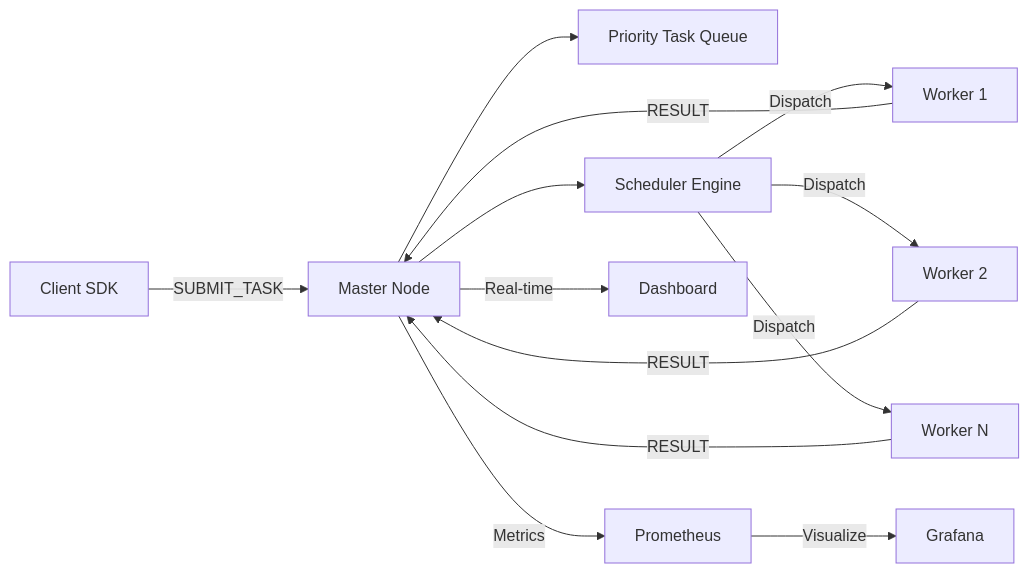
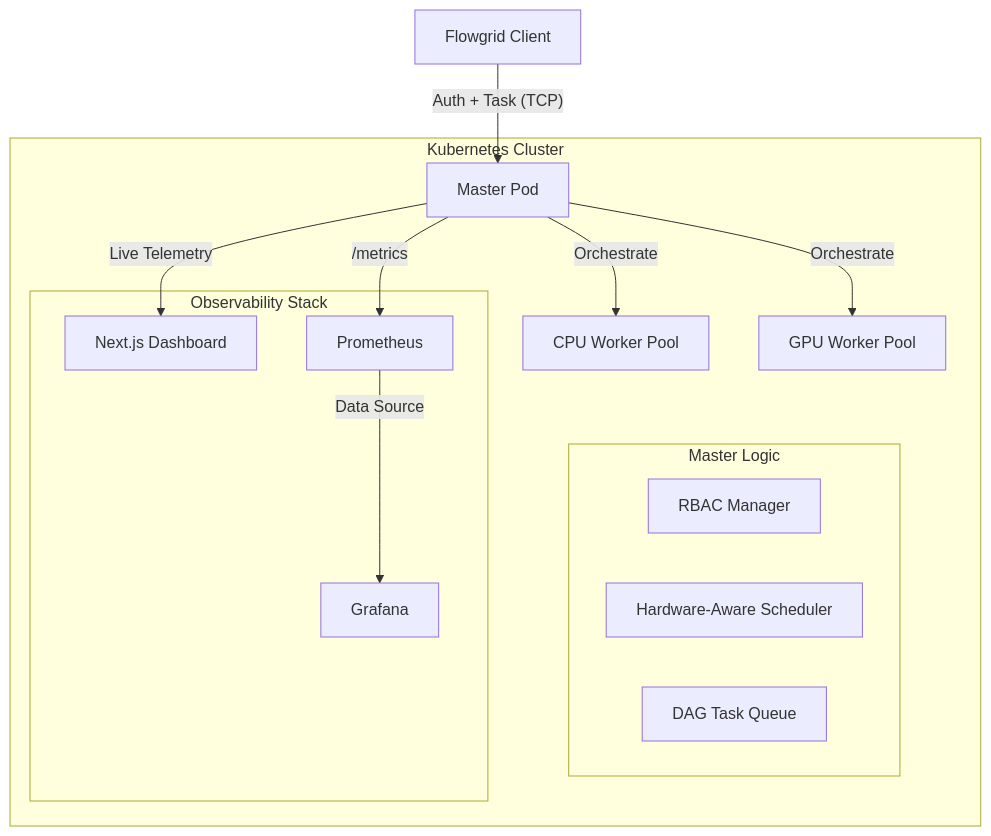
Before and after one commit to shivang398/Flowgrid: the diagram in README.md, drawn with Mermaid. The commit also changed other lines of this file, not shown here.

````diff
--- a/README.md
+++ b/README.md
@@ -59,15 +32,25 @@
 ```mermaid
-graph LR
-    Client[Client SDK] -->|SUBMIT_TASK| Master[Master Node]
-    Master --> TQ[Priority Task Queue]
-    Master --> Sched[Scheduler Engine]
-    Sched -->|Dispatch| W1[Worker 1]
-    Sched -->|Dispatch| W2[Worker 2]
-    Sched -->|Dispatch| W3[Worker N]
-    W1 -->|RESULT| Master
-    W2 -->|RESULT| Master
-    W3 -->|RESULT| Master
-    Master -->|Metrics| Prom[Prometheus]
-    Prom -->|Visualize| Graf[Grafana]
-    Master -->|Real-time| Dash[Dashboard]
+graph TD
+    Client[Flowgrid Client] -- "Auth + Task (TCP)" --> Master
+    
+    subgraph "Kubernetes Cluster"
+        Master[Master Pod] -- "Orchestrate" --> CPU_Pool[CPU Worker Pool]
+        Master -- "Orchestrate" --> GPU_Pool[GPU Worker Pool]
+        
+        subgraph "Master Logic"
+            RBAC[RBAC Manager]
+            Scheduler[Hardware-Aware Scheduler]
+            Queue[DAG Task Queue]
+        end
+        
+        subgraph "Observability Stack"
+            NextJS[Next.js Dashboard]
+            Grafana[Grafana]
+            Prometheus[Prometheus]
+        end
+    end
+    
+    Master -- "Live Telemetry" --> NextJS
+    Master -- "/metrics" --> Prometheus
+    Prometheus -- "Data Source" --> Grafana
 ```
````
